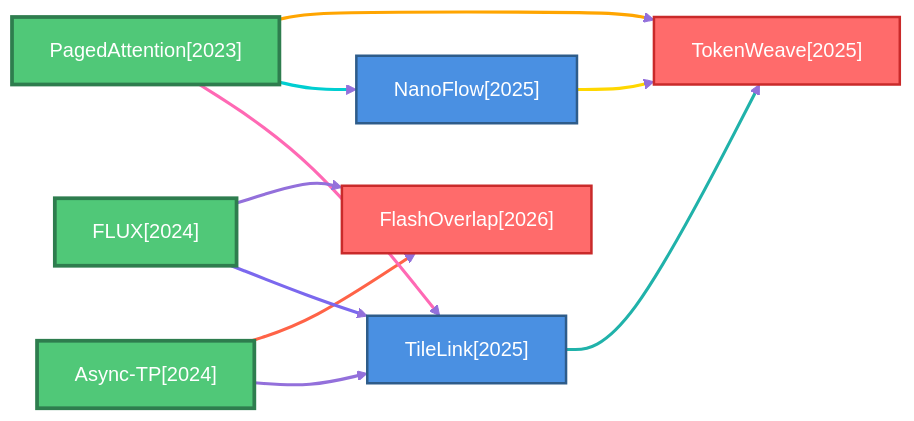
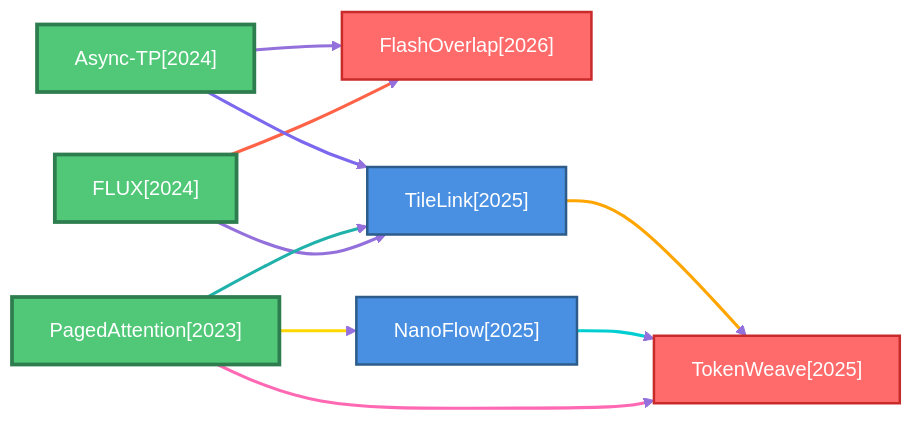
One commit to hustzxd/EfficientPaper changed the first of 6 diagrams in docs/baseline_methods_graph.md. Above: the diagram before and after it, drawn with Mermaid. The commit also changed other lines of this file and 5 other files, not shown here.

````diff
--- a/docs/baseline_methods_graph.md
+++ b/docs/baseline_methods_graph.md
@@ -11,41 +11,41 @@
 ```mermaid
 flowchart LR
     classDef defaultNode fill:#4A90E2,stroke:#2E5C8A,stroke-width:2px,color:#fff
     classDef rootNode fill:#50C878,stroke:#2E7D4E,stroke-width:3px,color:#fff
     classDef leafNode fill:#FF6B6B,stroke:#C92A2A,stroke-width:2px,color:#fff
     linkStyle default stroke:#9370DB,stroke-width:2px
 
-    2024_Async_TP["Async-TP[2024]"]
-    class 2024_Async_TP rootNode
-    2025_TileLink["TileLink[2025]"]
-    class 2025_TileLink defaultNode
+    2024_FLUX["FLUX[2024]"]
+    class 2024_FLUX rootNode
+    2026_FlashOverlap["FlashOverlap[2026]"]
+    class 2026_FlashOverlap leafNode
+    2023_PagedAttention["PagedAttention[2023]"]
+    class 2023_PagedAttention rootNode
     2025_TokenWeave["TokenWeave[2025]"]
     class 2025_TokenWeave leafNode
     2025_NanoFlow["NanoFlow[2025]"]
     class 2025_NanoFlow defaultNode
-    2026_FlashOverlap["FlashOverlap[2026]"]
-    class 2026_FlashOverlap leafNode
-    2023_PagedAttention["PagedAttention[2023]"]
-    class 2023_PagedAttention rootNode
-    2024_FLUX["FLUX[2024]"]
-    class 2024_FLUX rootNode
+    2025_TileLink["TileLink[2025]"]
+    class 2025_TileLink defaultNode
+    2024_Async_TP["Async-TP[2024]"]
+    class 2024_Async_TP rootNode
 
+    2024_FLUX ==>|" "| 2025_TileLink
+    linkStyle 0 stroke:#9370DB,stroke-width:2.5px
+    2024_FLUX ==>|" "| 2026_FlashOverlap
+    linkStyle 1 stroke:#FF6347,stroke-width:2.5px
+    2023_PagedAttention ==>|" "| 2025_TileLink
+    linkStyle 2 stroke:#20B2AA,stroke-width:2.5px
+    2023_PagedAttention ==>|" "| 2025_NanoFlow
+    linkStyle 3 stroke:#FFD700,stroke-width:2.5px
+    2023_PagedAttention ==>|" "| 2025_TokenWeave
+    linkStyle 4 stroke:#FF69B4,stroke-width:2.5px
+    2025_NanoFlow ==>|" "| 2025_TokenWeave
+    linkStyle 5 stroke:#00CED1,stroke-width:2.5px
+    2025_TileLink ==>|" "| 2025_TokenWeave
+    linkStyle 6 stroke:#FFA500,stroke-width:2.5px
     2024_Async_TP ==>|" "| 2025_TileLink
-    linkStyle 0 stroke:#9370DB,stroke-width:2.5px
+    linkStyle 7 stroke:#7B68EE,stroke-width:2.5px
     2024_Async_TP ==>|" "| 2026_FlashOverlap
-    linkStyle 1 stroke:#FF6347,stroke-width:2.5px
-    2025_TileLink ==>|" "| 2025_TokenWeave
-    linkStyle 2 stroke:#20B2AA,stroke-width:2.5px
-    2025_NanoFlow ==>|" "| 2025_TokenWeave
-    linkStyle 3 stroke:#FFD700,stroke-width:2.5px
-    2023_PagedAttention ==>|" "| 2025_TileLink
-    linkStyle 4 stroke:#FF69B4,stroke-width:2.5px
-    2023_PagedAttention ==>|" "| 2025_NanoFlow
-    linkStyle 5 stroke:#00CED1,stroke-width:2.5px
-    2023_PagedAttention ==>|" "| 2025_TokenWeave
-    linkStyle 6 stroke:#FFA500,stroke-width:2.5px
-    2024_FLUX ==>|" "| 2025_TileLink
-    linkStyle 7 stroke:#7B68EE,stroke-width:2.5px
-    2024_FLUX ==>|" "| 2026_FlashOverlap
     linkStyle 8 stroke:#9370DB,stroke-width:2.5px
 ```
````
